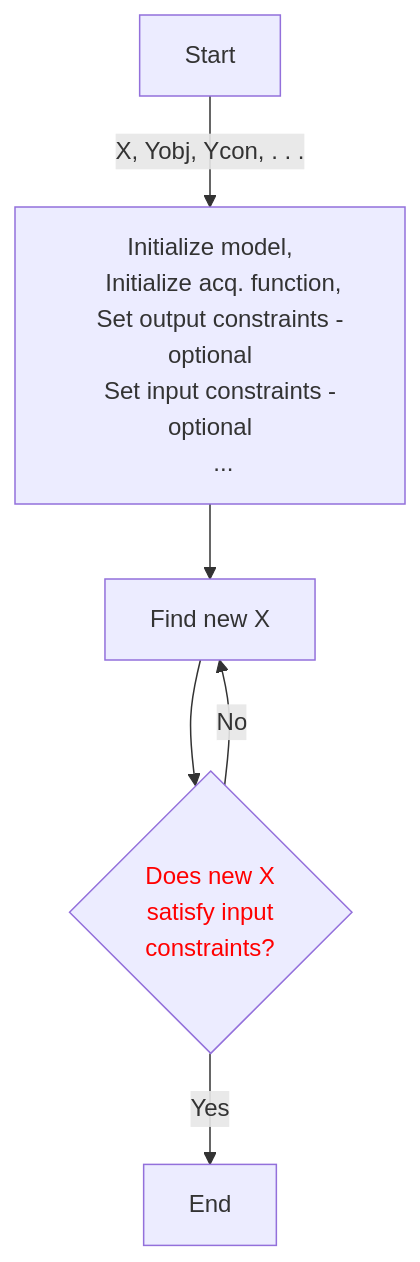
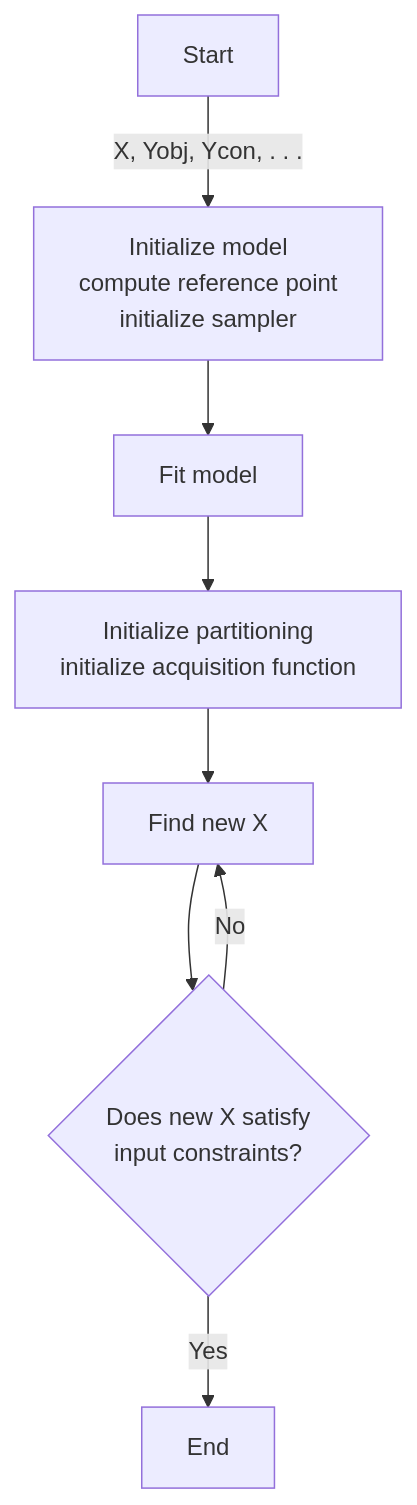
One commit to BerriesLab/pybo changed the second of 2 diagrams in readme.md. Above: the diagram before and after it, drawn with Mermaid. The commit also changed other lines of this file and 1 other file, not shown here.

Commit message:
Amended readme.md

````diff
--- a/readme.md
+++ b/readme.md
@@ -49,21 +50,18 @@
 ```mermaid
 flowchart TD
-    A[Initialize model,
-    Initialize acq. function,
-    Set output constraints - optional
-    Set input constraints - optional
-    ... ]
+    A[Initialize model<br>compute reference point<br>initialize sampler]
+    B[Fit model]
+    C[Initialize partitioning<br>initialize acquisition function]
+    D[Find new X]
+    E{Does new X satisfy<br>input constraints?}
     
-    B[Find new X]
-    
-    C{Does new X \n satisfy input\n constraints?}
     Start --> |X, Yobj, Ycon, . . .| A
     A --> B
     B --> C
-    C --> |Yes| End
-    C --> |No| B
+    C --> D
+    D --> E
+    E --> |Yes| End
+    E --> |No| D
     
-    classDef redText color: red;
-    class C redText
     
 ```
````
